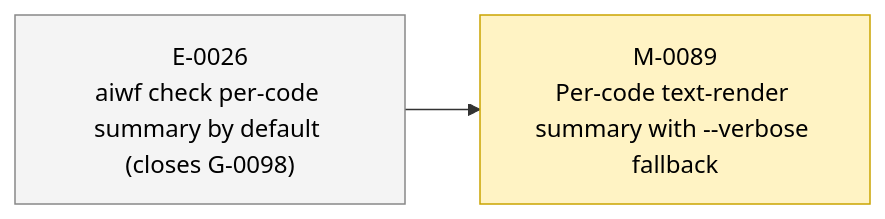
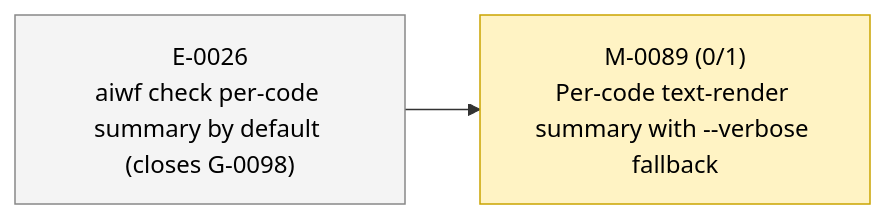
One commit to 23min/aiwf changed the second of 2 diagrams in STATUS.md. Above: the diagram before and after it, drawn with Mermaid. The commit also changed other lines of this file and 1 other file, not shown here.

First line of the commit message:
aiwf add ac M-0089/AC-1 "Default text output is per-code-summarized for warnings"

````diff
--- a/STATUS.md
+++ b/STATUS.md
@@ -51,12 +51,12 @@
 ```mermaid
 flowchart LR
   E_0026["E-0026<br/>aiwf check per-code summary by default (closes G-0098)"]:::epic_proposed
-  M_0089["M-0089<br/>Per-code text-render summary with --verbose fallback"]:::ms_in_progress
+  M_0089["M-0089 (0/1)<br/>Per-code text-render summary with --verbose fallback"]:::ms_in_progress
   E_0026 --> M_0089
   classDef epic_active fill:#d6eaff,stroke:#1a73e8,color:#000
   classDef epic_proposed fill:#f4f4f4,stroke:#888,color:#000
   classDef ms_done fill:#d8f5d8,stroke:#2a8a2a,color:#000
   classDef ms_in_progress fill:#fff3c4,stroke:#caa400,color:#000
   classDef ms_draft fill:#f4f4f4,stroke:#888,color:#000
   classDef ms_cancelled fill:#fbeaea,stroke:#c33,color:#000
 ```
````
